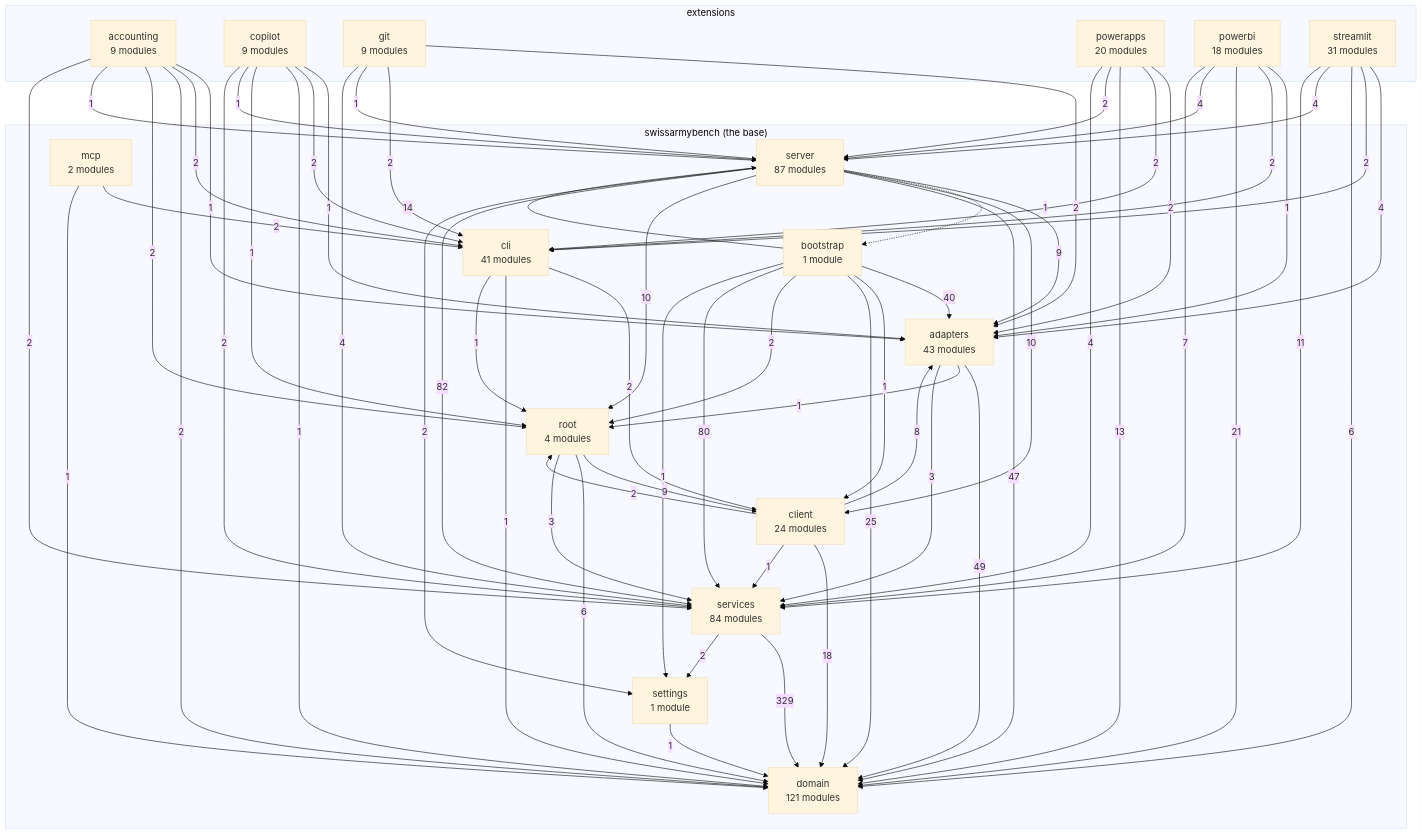
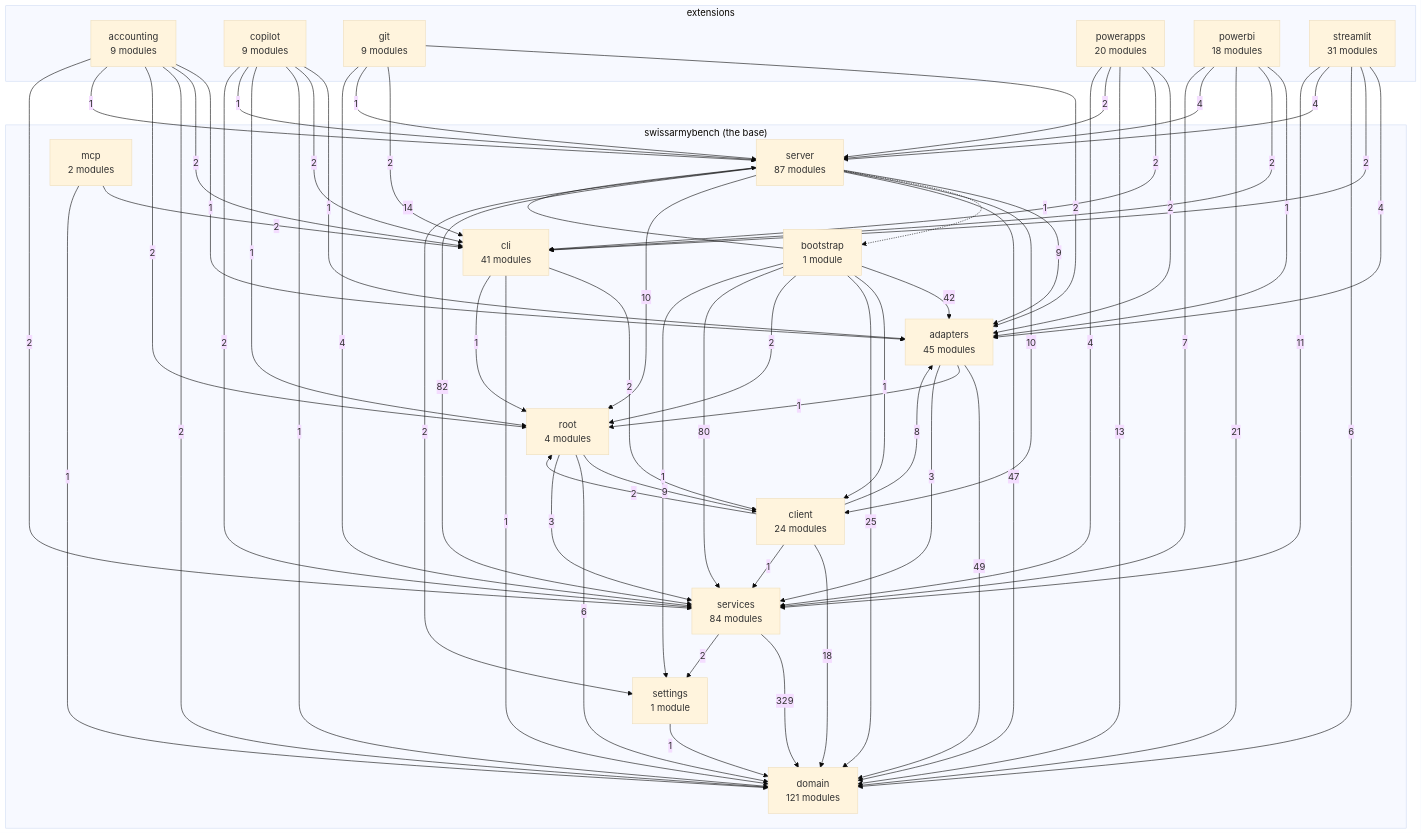
One commit to DylanCodyBrown/SwissArmyBench changed the diagram in docs/architecture-map.md. Above: the diagram before and after it, drawn with Mermaid (base theme). The commit also changed other lines of this file and 8 other files, not shown here.

```diff
--- a/docs/architecture-map.md
+++ b/docs/architecture-map.md
@@ -20,7 +20,7 @@
         domain["domain<br/>121 modules"]
         settings["settings<br/>1 module"]
         services["services<br/>84 modules"]
-        adapters["adapters<br/>43 modules"]
+        adapters["adapters<br/>45 modules"]
         cli["cli<br/>41 modules"]
         client["client<br/>24 modules"]
         root["root<br/>4 modules"]
@@ -39,7 +39,7 @@
     adapters -->|49| domain
     adapters -->|1| root
     adapters -->|3| services
-    bootstrap -->|40| adapters
+    bootstrap -->|42| adapters
     bootstrap -->|1| client
     bootstrap -->|25| domain
     bootstrap -->|2| root
```
